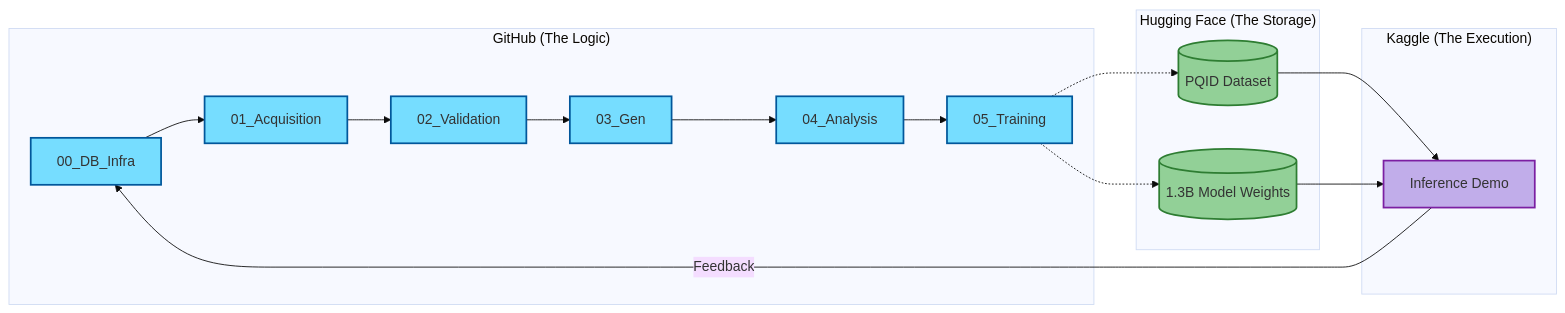
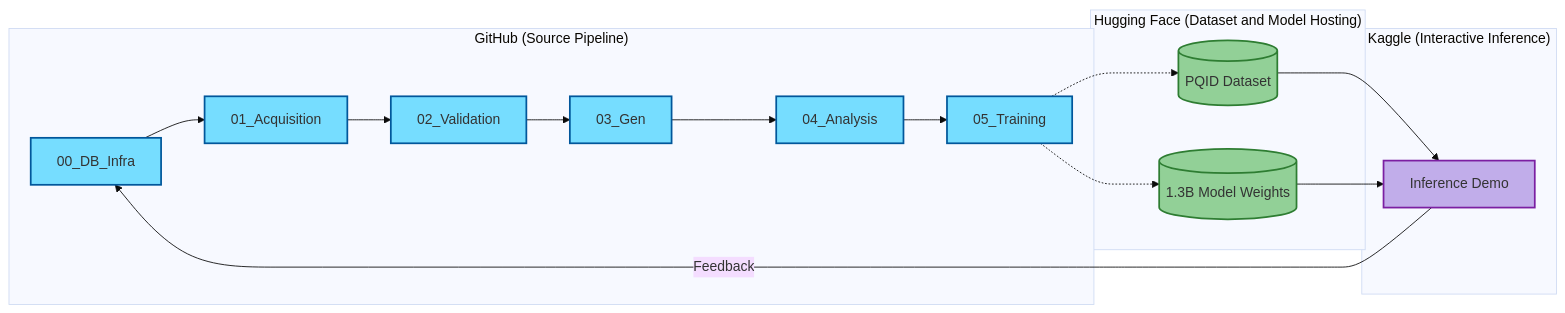
One commit to Elias-Abebe-Gasparini/PQID-Dataset changed the first of 4 diagrams in README.md. Above: the diagram before and after it, drawn with Mermaid (base theme). The commit also changed other lines of this file, not shown here.

````diff
--- a/README.md
+++ b/README.md
@@ -39,36 +36,36 @@
 ```mermaid
 graph LR
     %% Class Definitions
     classDef github fill:#76ddff,stroke:#01579b,stroke-width:2px;
     classDef hf fill:#92d097,stroke:#2e7d32,stroke-width:2px;
     classDef kaggle fill:#c1adea,stroke:#7b1fa2,stroke-width:2px;
 
-    subgraph "GitHub (The Logic)"
+    subgraph "GitHub (Source Pipeline)"
         A[00_DB_Infra] --> B[01_Acquisition]
         B --> C[02_Validation]
         C --> D[03_Gen]
         D --> E[04_Analysis]
         E --> F[05_Training]
     end
 
-    subgraph "Hugging Face (The Storage)"
+    subgraph "Hugging Face (Dataset and Model Hosting)"
         G[(PQID Dataset)]
         H[(1.3B Model Weights)]
     end
 
-    subgraph "Kaggle (The Execution)"
+    subgraph "Kaggle (Interactive Inference)"
         I[Inference Demo]
     end
 
     %% Applying Classes
     class A,B,C,D,E,F github;
     class G,H hf;
     class I kaggle;
 
     %% Connections
     F -.-> G
     F -.-> H
     G --> I
     H --> I
     I -- Feedback --> A
 ```
````
